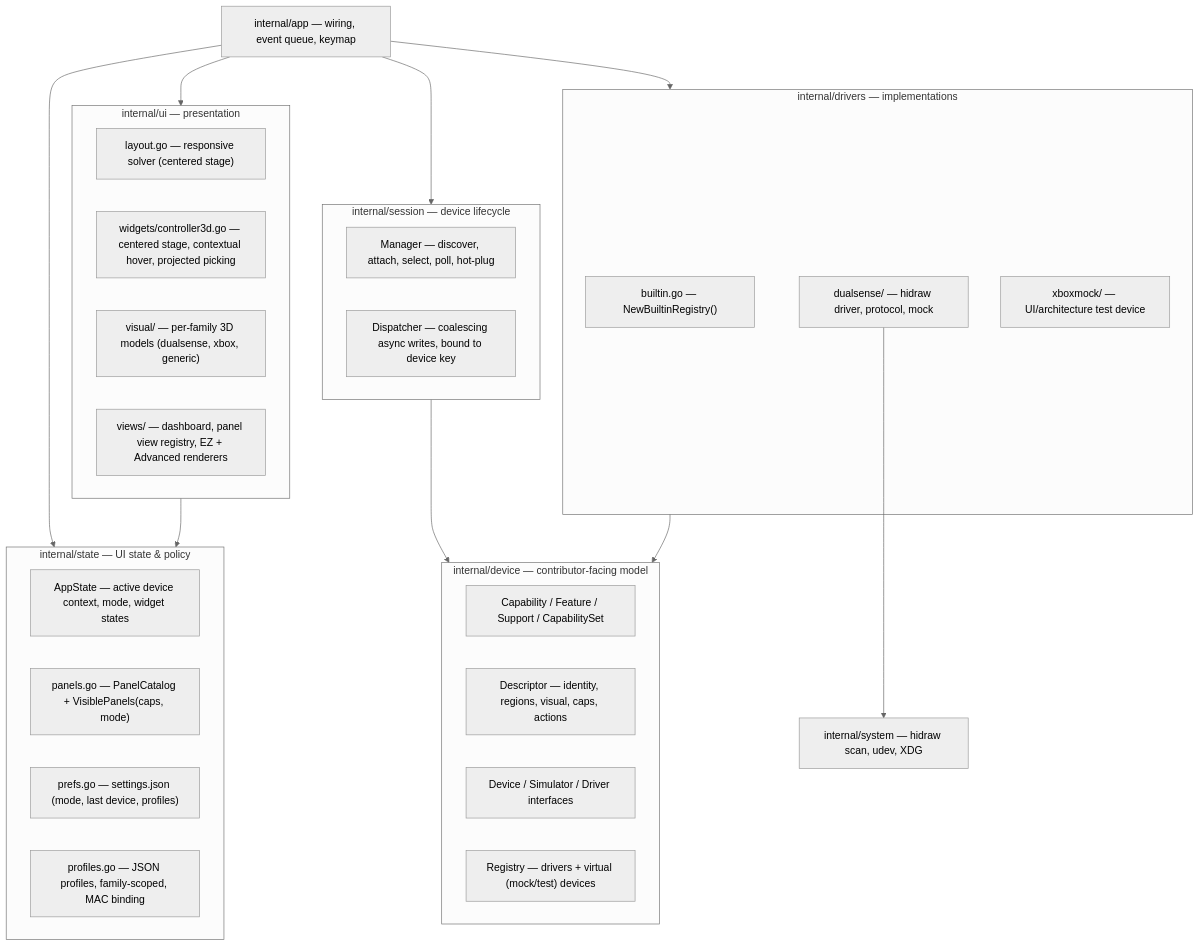
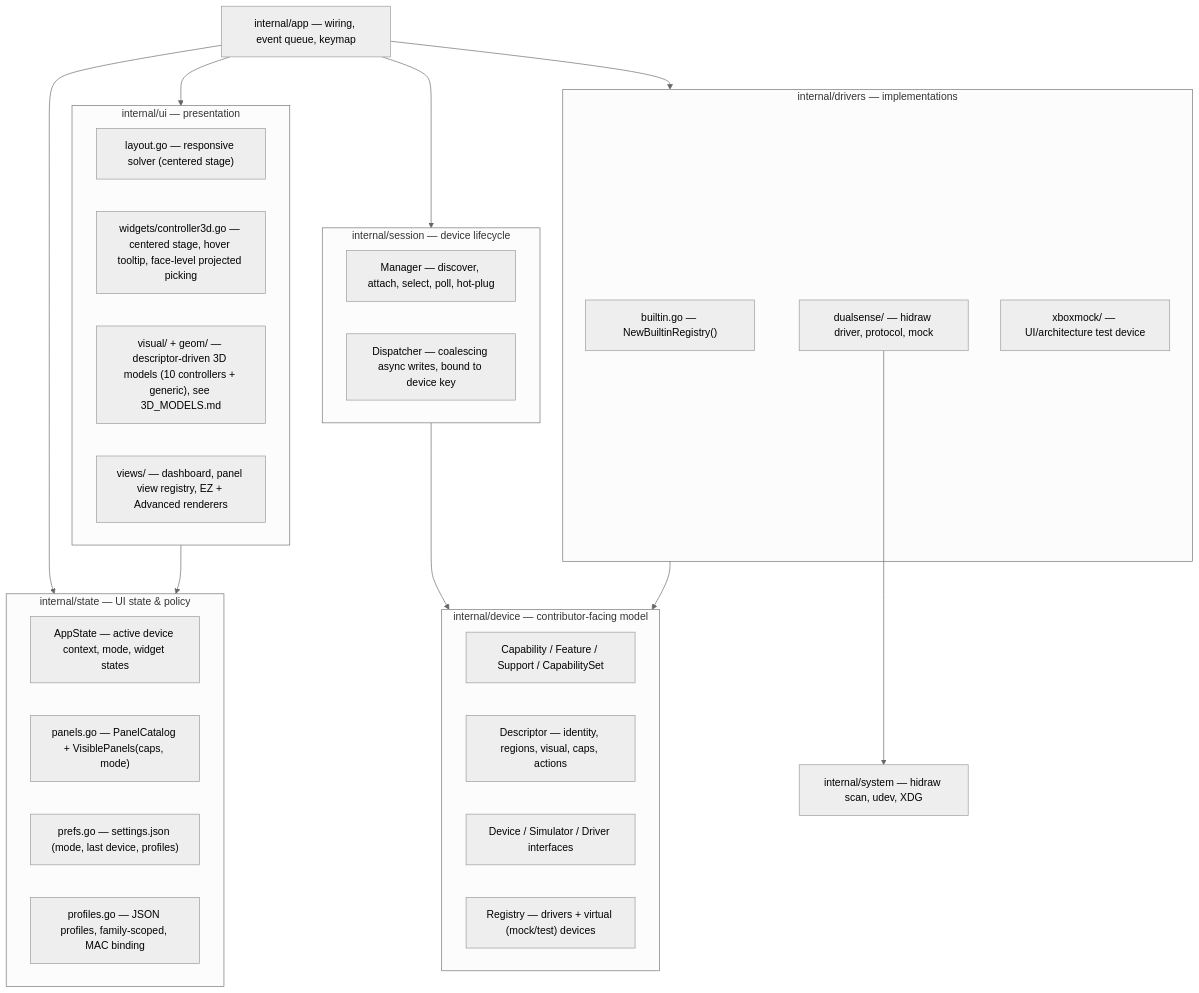
The first of 2 diagrams in docs/ARCHITECTURE.md (Phobby/TuiSense), drawn with Mermaid (neutral theme) before and after one commit. The commit also changed other lines of this file and 154 other files, not shown here.

````diff
--- a/docs/ARCHITECTURE.md
+++ b/docs/ARCHITECTURE.md
@@ -17,40 +17,40 @@
 ```mermaid
 flowchart TD
     subgraph UI["internal/ui — presentation"]
         Layout["layout.go — responsive solver (centered stage)"]
-        Stage["widgets/controller3d.go — centered stage, contextual hover, projected picking"]
-        Visual["visual/ — per-family 3D models (dualsense, xbox, generic)"]
+        Stage["widgets/controller3d.go — centered stage, hover tooltip, face-level projected picking"]
+        Visual["visual/ + geom/ — descriptor-driven 3D models (10 controllers + generic), see 3D_MODELS.md"]
         Views["views/ — dashboard, panel view registry, EZ + Advanced renderers"]
     end
     subgraph State["internal/state — UI state & policy"]
         AppState["AppState — active device context, mode, widget states"]
         Catalog["panels.go — PanelCatalog + VisiblePanels(caps, mode)"]
         Prefs["prefs.go — settings.json (mode, last device, profiles)"]
         Profiles["profiles.go — JSON profiles, family-scoped, MAC binding"]
     end
     subgraph Session["internal/session — device lifecycle"]
         Manager["Manager — discover, attach, select, poll, hot-plug"]
         Dispatcher["Dispatcher — coalescing async writes, bound to device key"]
     end
     subgraph Device["internal/device — contributor-facing model"]
         Caps["Capability / Feature / Support / CapabilitySet"]
         Desc["Descriptor — identity, regions, visual, caps, actions"]
         Iface["Device / Simulator / Driver interfaces"]
         Reg["Registry — drivers + virtual (mock/test) devices"]
     end
     subgraph Drivers["internal/drivers — implementations"]
         Builtin["builtin.go — NewBuiltinRegistry()"]
         DS["dualsense/ — hidraw driver, protocol, mock"]
         XB["xboxmock/ — UI/architecture test device"]
     end
     System["internal/system — hidraw scan, udev, XDG"]
 
     App["internal/app — wiring, event queue, keymap"] --> UI
     App --> State
     App --> Session
     UI --> State
     Session --> Device
     Drivers --> Device
     DS --> System
     App --> Drivers
 ```
````
